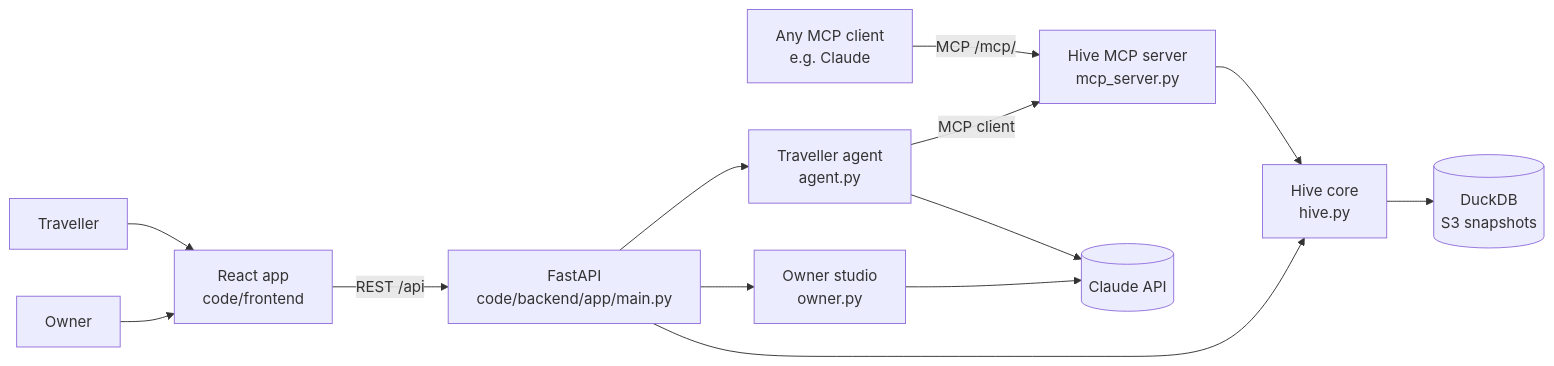
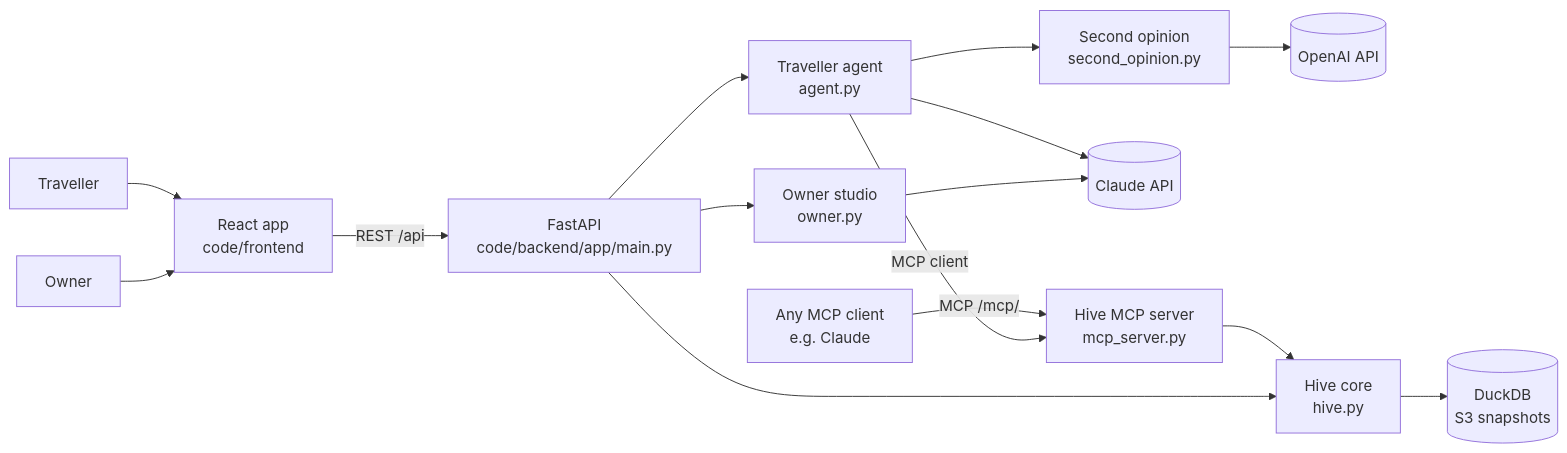
Before and after one commit to reactbias/Adobee-Hive: the diagram in documentation/ARCHITECTURE.md, drawn with Mermaid. The commit also changed other lines of this file and 3 other files, not shown here.

First line of the commit message:
docs: second opinion in architecture, security and deploy; optional OpenAI secret

````diff
--- a/documentation/ARCHITECTURE.md
+++ b/documentation/ARCHITECTURE.md
@@ -6,14 +7,15 @@
 ```mermaid
 flowchart LR
   T[Traveller] --> UI[React app<br/>code/frontend]
   O[Owner] --> UI
   X[Any MCP client<br/>e.g. Claude] -->|MCP /mcp/| MCP
   UI -->|REST /api| API[FastAPI<br/>code/backend/app/main.py]
   API --> AG[Traveller agent<br/>agent.py]
   AG -->|MCP client| MCP[Hive MCP server<br/>mcp_server.py]
   AG --> C[(Claude API)]
+  AG --> SO[Second opinion<br/>second_opinion.py] --> OA[(OpenAI API)]
   API --> OW[Owner studio<br/>owner.py] --> C
   MCP --> H[Hive core<br/>hive.py]
   API --> H
   H --> DB[(DuckDB<br/>S3 snapshots)]
 ```
````
